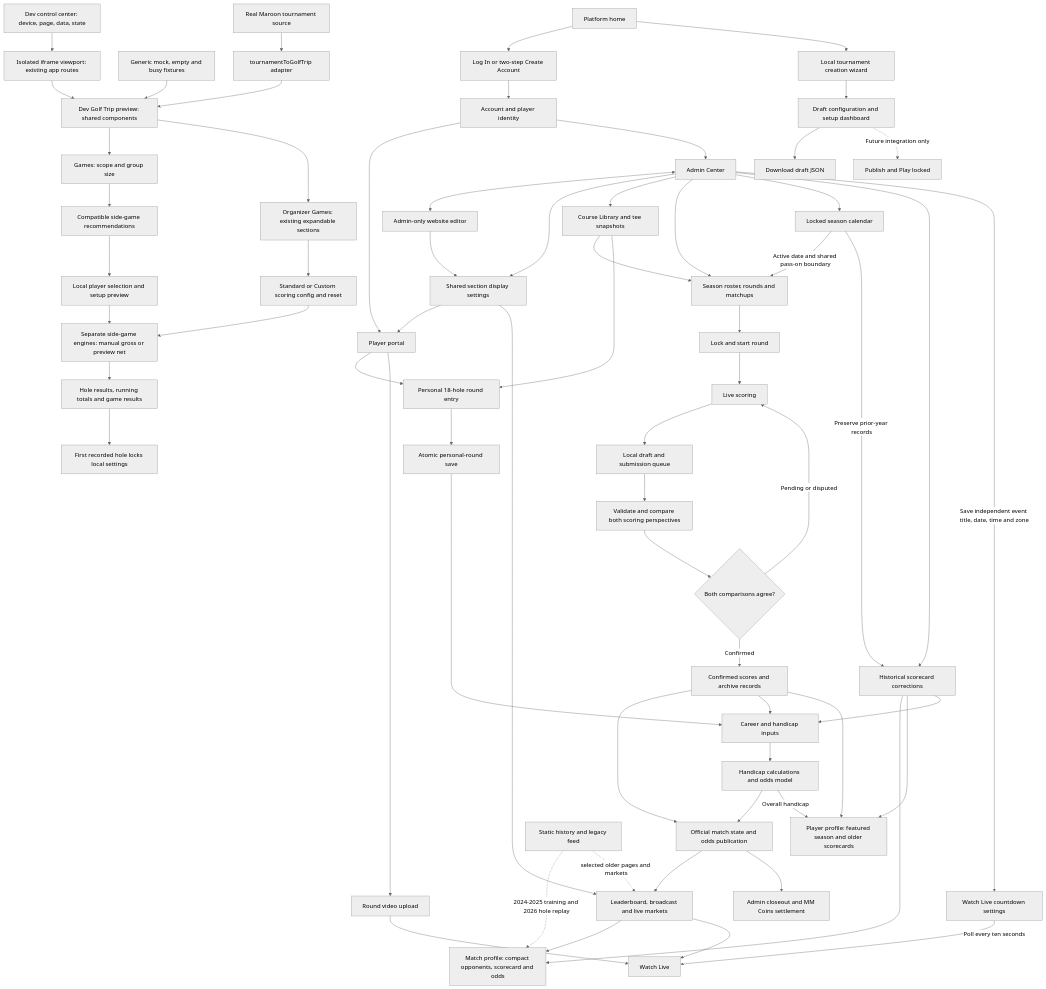
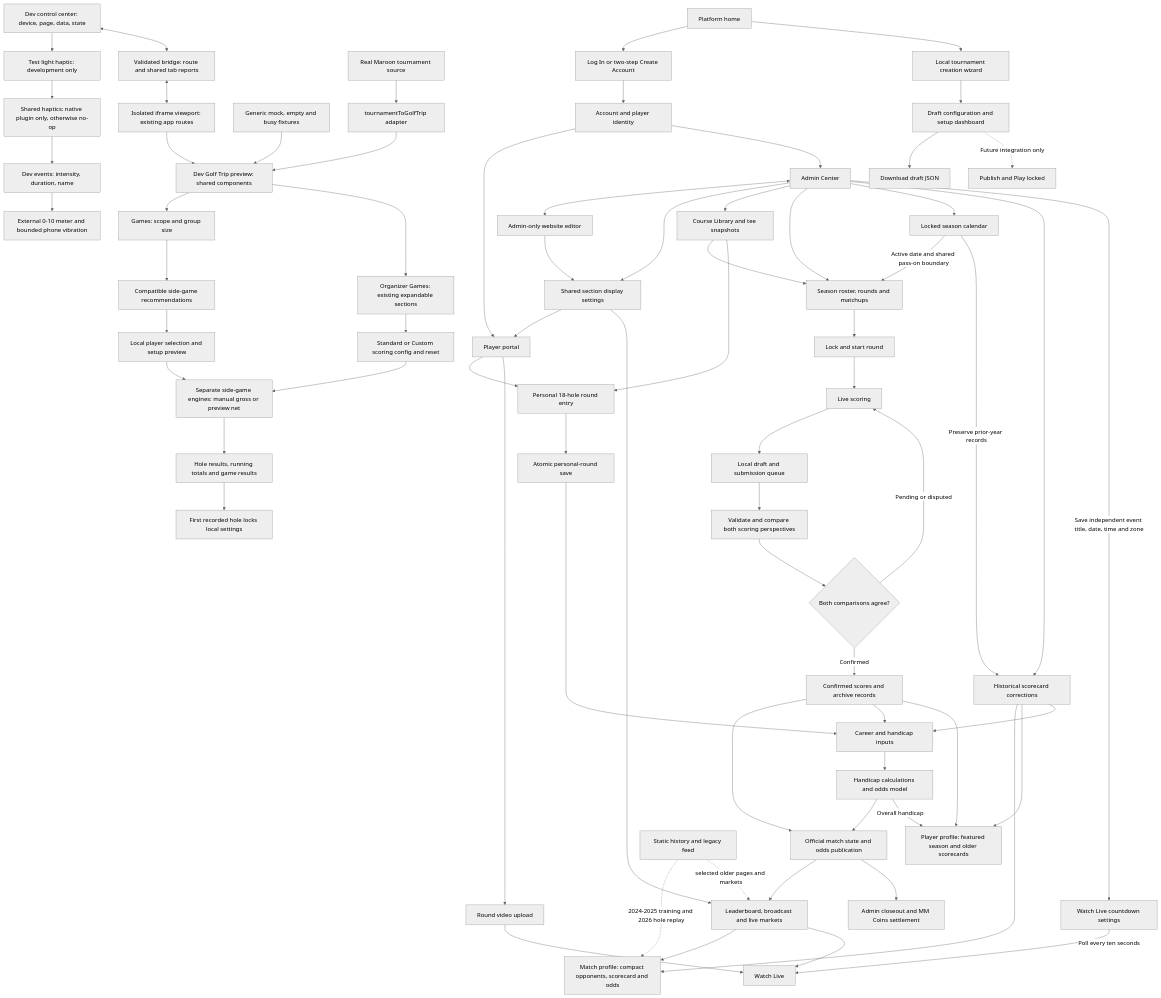
The diagram in docs/app-workflow.md (cadebarone00/MM-Website), drawn with Mermaid (neutral theme) before and after one commit. The commit also changed other lines of this file and 27 other files, not shown here.

Commit message:
dev sim and haptics

````diff
--- a/docs/app-workflow.md
+++ b/docs/app-workflow.md
@@ -41,11 +53,18 @@
 ```mermaid
 flowchart TD
+  %% /dev storyboard: Groups > Pages > supported Conditionals > phone; registry maps route and tab reports in both directions.
   %% Saved and draft Golf Trip General settings show six category boxes; Organizer retains permission-gated Delete Trip. Category boxes are placeholders.
   %% Dev Settings wheel opens a maroon Trip Settings layout with the fixture trip name at top right beside a back chevron, General/Organizer text-and-underline selector, short cream category boxes with gold accents and shadows and no phone status icons; General/Organizer selection is local; General shows six Place holder cards and Organizer starts with Players and Competition followed by four Place holder cards and site bottom navigation is hidden.
-  %% Golf Trip dev preview: settings wheel > Organizer > Competition opens a round-selection sheet with one day/round/course box per round, then selected-round maroon Spectral settings with gold switches and circular formats retaining all round data; Save returns to the round-selection sheet with memory-only edits; shared layout state supplies organizer settings; Golf Competition uses independent fictional format samples; started rounds lock edits. Resets on reload; no persistence or scoring integration.
+  %% Golf Trip dev preview: settings wheel > Organizer > Competition opens a round-selection sheet with one day/round/course box per round, then selected-round maroon Spectral settings with gold switches and circular formats retaining all round data; Save returns to the round-selection sheet with memory-only edits; shared layout state supplies organizer settings; Golf Competition renders supplied format metadata; format and competitive scenario controls live only in the external local simulator; started rounds lock edits. Resets on reload; no persistence or scoring integration.
   %% New Game and Info Add share the same action-sheet popup presentation; game scope choices remain Whole Tournament / Per Round.
+  %% Fit visually scales the frame to measured available height, width-capped and optionally above 100%; iframe dimensions stay fixed.
   %% Simulator iframe CSS dimensions are locked to the device/custom selection; centered non-shrinking frame, independent inner document scrolling.
-  DC[Dev control center: device, page, data, state] --> IF[Isolated iframe viewport: existing app routes]
+  DC --> HT[Test light haptic: development only]
+  HT --> HF[Shared haptics: native plugin only, otherwise no-op]
+  HF --> HD[Dev events: intensity, duration, name]
+  HD --> HM[External 0-10 meter and bounded phone vibration]
+  DC[Dev control center: device, page, data, state] <--> NB[Validated bridge: route and shared tab reports]
+  NB <--> IF[Isolated iframe viewport: existing app routes]
   IF --> GP[Dev Golf Trip preview: shared components]
   GM[Generic mock, empty and busy fixtures] --> GP
   MT[Real Maroon tournament source] --> TA[tournamentToGolfTrip adapter]
````
